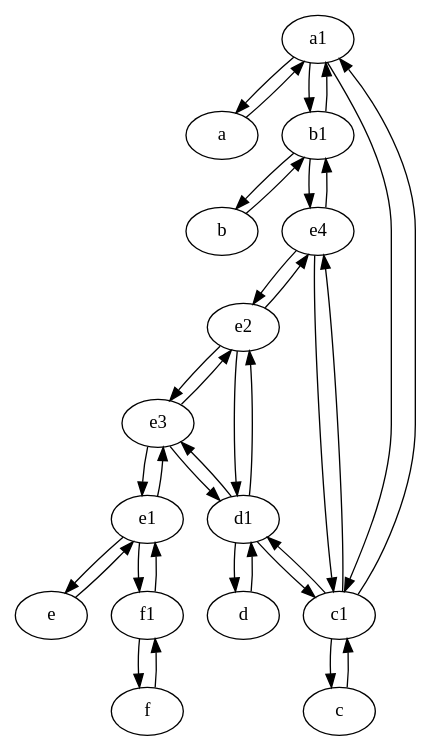
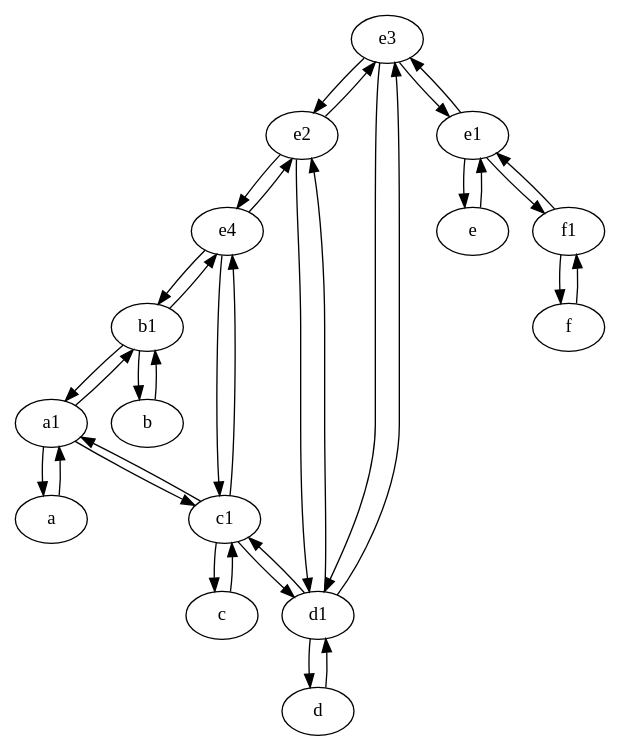
The diagram in results_deter/6et1/topologyorig.dot (anisabnis/graph_inference), drawn with Graphviz before and after one commit. The commit also changed other lines of this file and 927 other files, not shown here.

```diff
--- a/results_deter/6et1/topologyorig.dot
+++ b/results_deter/6et1/topologyorig.dot
@@ -1,52 +1,52 @@
 digraph  {
+	e3;
+	b1 [pos="45,20!"];
+	f [pos="15,45!"];
+	d [pos="20,30!"];
+	f1;
 	a1 [pos="40,15!"];
-	b [pos="50,20!"];
-	e [pos="30,50!"];
-	f [pos="15,45!"];
-	e1 [pos="25,45!"];
-	d [pos="20,30!"];
 	a [pos="40,10!"];
 	e2;
-	e3;
+	b [pos="50,20!"];
 	d1 [pos="25,30!"];
+	e [pos="30,50!"];
 	c [pos="20,10!"];
-	b1 [pos="45,20!"];
+	e1 [pos="25,45!"];
+	e4;
 	c1 [pos="30,15!"];
-	f1;
-	e4;
-	f1 -> e1;
+	d1 -> c1;
+	e2 -> e4;
+	a1 -> b1;
+	d1 -> e3;
+	e3 -> d1;
+	a1 -> a;
+	e1 -> e;
+	e4 -> b1;
 	a1 -> c1;
-	e1 -> f1;
-	d1 -> c1;
-	b -> b1;
-	a1 -> a;
-	e3 -> d1;
-	e -> e1;
 	c -> c1;
 	c1 -> e4;
-	e3 -> e2;
-	b1 -> e4;
-	e2 -> e4;
-	e3 -> e1;
-	c1 -> c;
-	a -> a1;
+	d -> d1;
+	c1 -> d1;
+	b1 -> b;
 	e4 -> c1;
-	d -> d1;
-	b1 -> b;
-	f1 -> f;
-	d1 -> e3;
-	e1 -> e;
+	e -> e1;
+	b -> b1;
 	e4 -> e2;
-	e4 -> b1;
-	d1 -> d;
-	b1 -> a1;
-	e1 -> e3;
-	c1 -> a1;
-	d1 -> e2;
-	a1 -> b1;
-	e2 -> e3;
 	e2 -> d1;
 	f -> f1;
-	c1 -> d1;
+	c1 -> c;
+	d1 -> d;
+	d1 -> e2;
+	a -> a1;
+	e3 -> e1;
+	e1 -> e3;
+	e3 -> e2;
+	e1 -> f1;
+	e2 -> e3;
+	f1 -> f;
+	f1 -> e1;
+	b1 -> e4;
+	c1 -> a1;
+	b1 -> a1;
 
 	}
```
